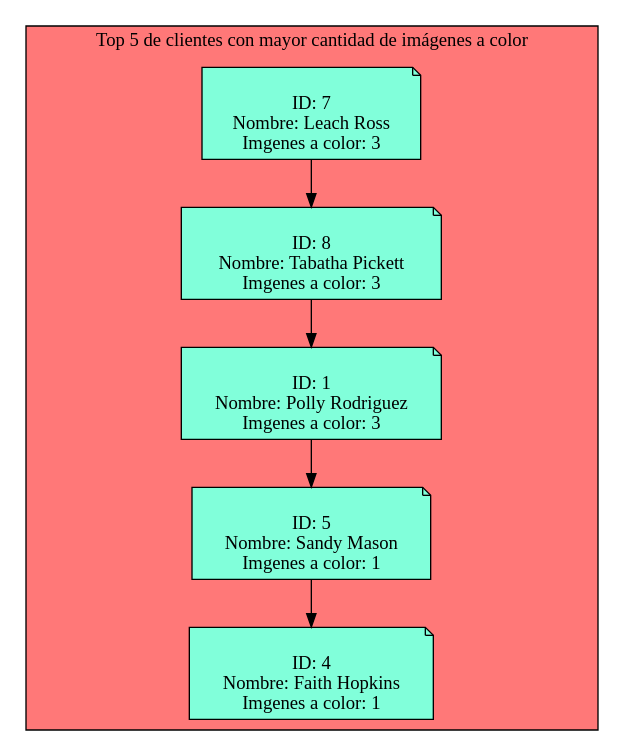
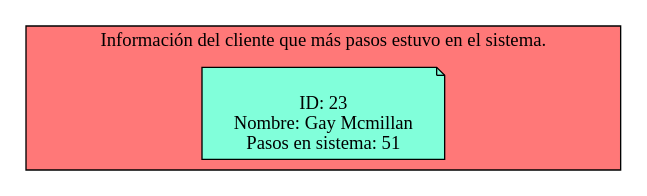
The diagram in Simple_Clients_Served_Report.dot (Serch-ING/EDD_UDRAWING_202000119), drawn with Graphviz before and after one commit. The commit also changed 15 other files, not shown here.

```diff
--- a/Simple_Clients_Served_Report.dot
+++ b/Simple_Clients_Served_Report.dot
@@ -1,30 +1,10 @@
 digraph L {
 node[shape=note fillcolor="#A181FF" style =filled]
 subgraph cluster_p{
-    label= "Top 5 de clientes con mayor cantidad de imágenes a color"
+    label= "Información del cliente que más pasos estuvo en el sistema."
     bgcolor = "#FF7878"
-Nodo331994761[label="
-ID: 7
-Nombre: Leach Ross
-Imgenes a color: 3",fillcolor="#81FFDA"]
-Nodo928294079[label="
-ID: 8
-Nombre: Tabatha Pickett
-Imgenes a color: 3",fillcolor="#81FFDA"]
-Nodo1647809929[label="
-ID: 1
-Nombre: Polly Rodriguez
-Imgenes a color: 3",fillcolor="#81FFDA"]
-Nodo1258084361[label="
-ID: 5
-Nombre: Sandy Mason
-Imgenes a color: 1",fillcolor="#81FFDA"]
-Nodo391914049[label="
-ID: 4
-Nombre: Faith Hopkins
-Imgenes a color: 1",fillcolor="#81FFDA"]
-Nodo331994761 -> Nodo928294079
-Nodo928294079 -> Nodo1647809929
-Nodo1647809929 -> Nodo1258084361
-Nodo1258084361 -> Nodo391914049
+Nodo2044215423[label="
+ID: 23
+Nombre: Gay Mcmillan
+Pasos en sistema: 51",fillcolor="#81FFDA"]
 }}
```
